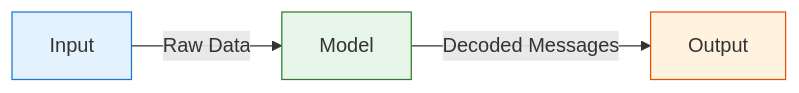
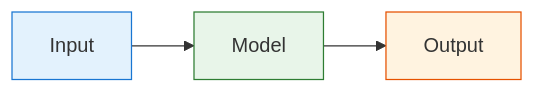
The first of 2 diagrams in docs/configuration/overview.md (jvde-github/AIS-catcher-docs), drawn with Mermaid before and after one commit. The commit also changed other lines of this file and 70 other files, not shown here.

````diff
--- a/docs/configuration/overview.md
+++ b/docs/configuration/overview.md
@@ -9,13 +9,13 @@
 ```mermaid
 flowchart LR
-    I[Input] -->|Raw Data| M[Model]
-    M -->|Decoded Messages| O[Output]
+    I[Input] -->M[Model]
+    M --> O[Output]
     
     style I fill:#e3f2fd,stroke:#1976d2
     style M fill:#e8f5e9,stroke:#2e7d32
     style O fill:#fff3e0,stroke:#e65100
 
     click I "input" _blank
     click M "model" _blank
     click O "output" _blank
 ```
````
